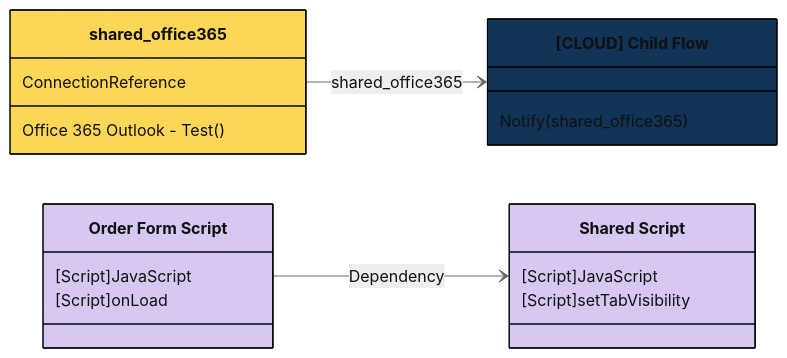
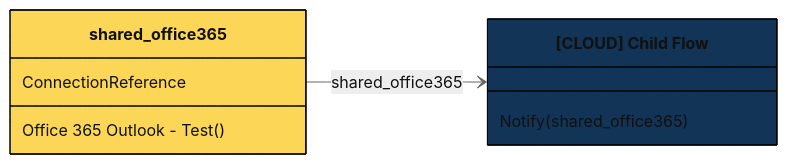
One commit to autosysops/PowerShell_PowerPlatformChecker changed the diagram in tests/fixtures/expected/ArchitectureDiagram.Flow.StyleOverride.expected.md. Above: the diagram before and after it, drawn with Mermaid (neutral theme). The commit also changed 80 other files, not shown here.

Commit message:
Added option to generate flowcharts for desktop flows and get information from power apps (model and canvas). Also added option to generate external diagrams.

```diff
--- a/tests/fixtures/expected/ArchitectureDiagram.Flow.StyleOverride.expected.md
+++ b/tests/fixtures/expected/ArchitectureDiagram.Flow.StyleOverride.expected.md
@@ -1,30 +1,21 @@
 :::mermaid
 classDiagram
 direction LR
 class flow22222222-2222-2222-2222-222222222222["[CLOUD] Child Flow"]:::Flow {
     Notify(shared_office365)
 }
 class shared_office365:::Connection {
   ConnectionReference
   Office 365 Outlook - Test()
 }
-class ppc_script_OrderForm_js["Order Form Script"]:::WebResource {
-  [Script]JavaScript
-  [Script]onLoad
-}
-class ppc_script_Shared_js["Shared Script"]:::WebResource {
-  [Script]JavaScript
-  [Script]setTabVisibility
-}
 shared_office365 --> flow22222222-2222-2222-2222-222222222222:shared_office365
-ppc_script_OrderForm_js --> ppc_script_Shared_js:Dependency
 classDef default fill:red,stroke:#010203
 classDef EnvVar fill:#DF9A57,stroke:#010203
 classDef Connection fill:#FCD757,stroke:#010203
 classDef Entity fill:#B56784,stroke:#010203
 classDef DefaultEntity fill:#71374D,stroke:#010203
 classDef Flow fill:#123456,stroke:#010203
 classDef CanvasApp fill:#8BC34A,stroke:#010203
 classDef ModelDrivenApp fill:#7BAFD4,stroke:#010203
 classDef WebResource fill:#D7C8F3,stroke:#010203
 :::
```
